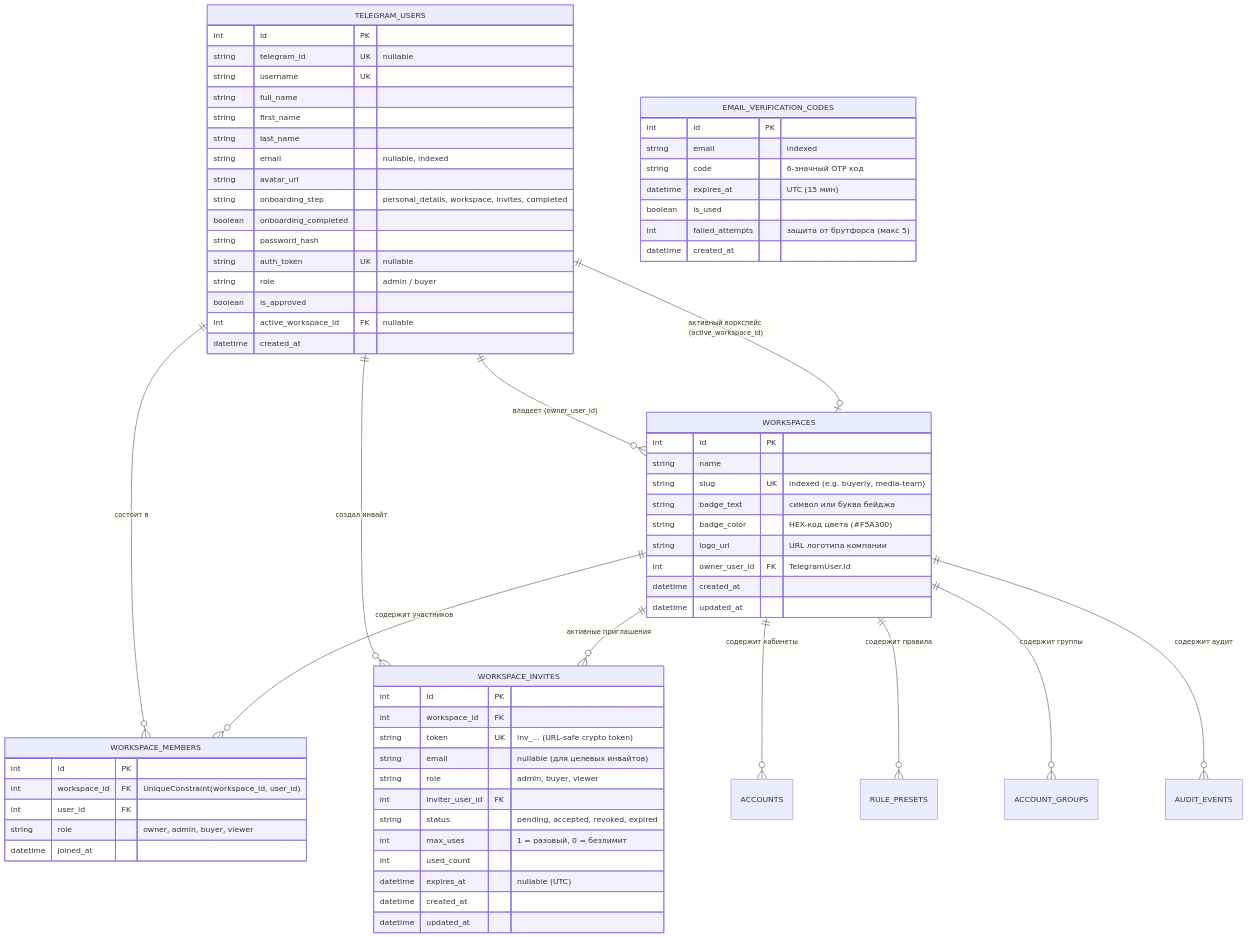
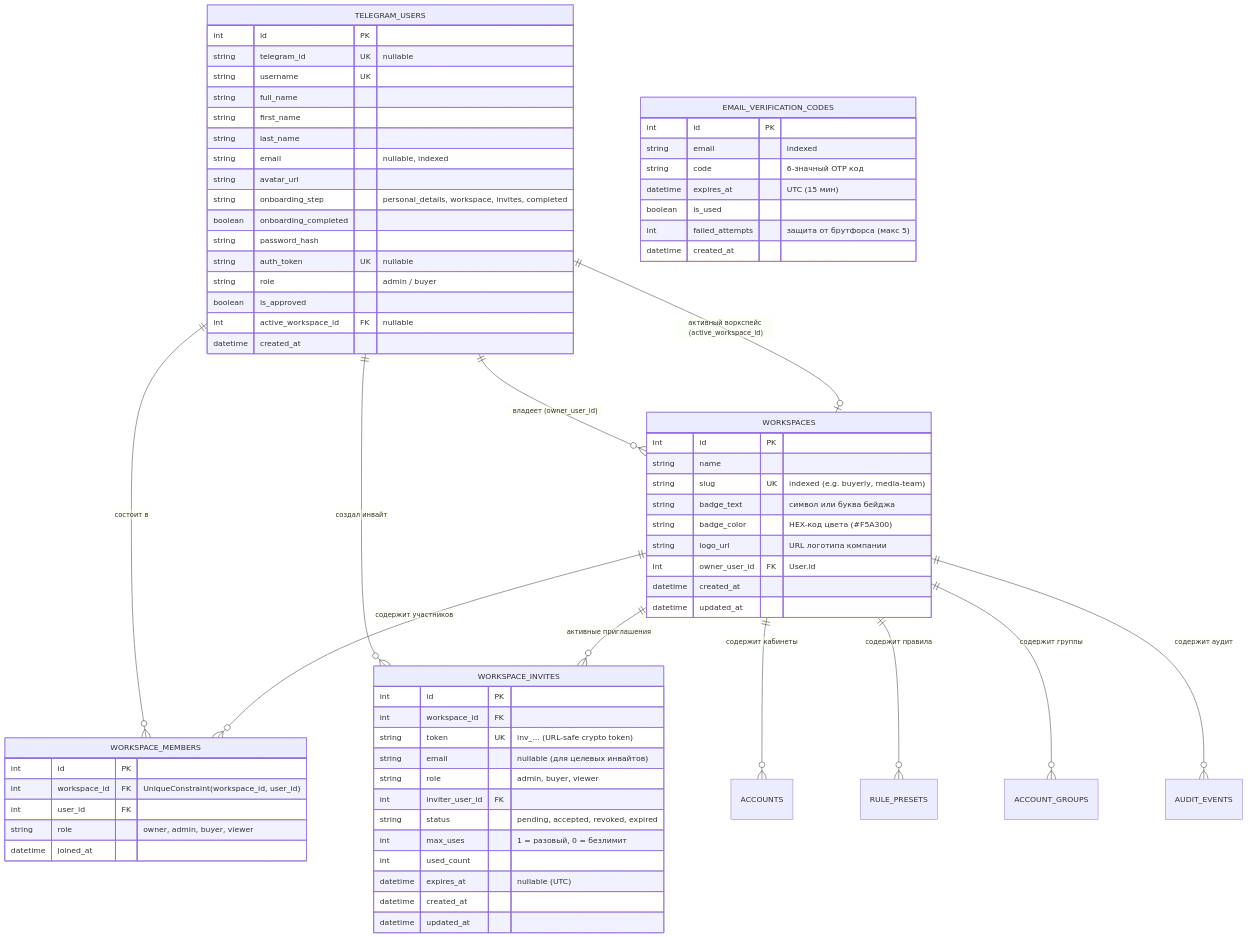
One commit to NPSolid-pixel/buyerly changed the second of 2 diagrams in docs/WORKSPACES_AUTH_AND_INVITES.md. Above: the diagram before and after it, drawn with Mermaid. The commit also changed other lines of this file and 29 other files, not shown here.

Commit message:
refactor: rename TelegramUser to User and table telegram_users to users

````diff
--- a/docs/WORKSPACES_AUTH_AND_INVITES.md
+++ b/docs/WORKSPACES_AUTH_AND_INVITES.md
@@ -59,77 +59,77 @@
 ```mermaid
 erDiagram
     TELEGRAM_USERS ||--o{ WORKSPACE_MEMBERS : "состоит в"
     TELEGRAM_USERS ||--o{ WORKSPACE_INVITES : "создал инвайт"
     TELEGRAM_USERS ||--o{ WORKSPACES : "владеет (owner_user_id)"
     TELEGRAM_USERS ||--o| WORKSPACES : "активный воркспейс (active_workspace_id)"
     WORKSPACES ||--o{ WORKSPACE_MEMBERS : "содержит участников"
     WORKSPACES ||--o{ WORKSPACE_INVITES : "активные приглашения"
     WORKSPACES ||--o{ ACCOUNTS : "содержит кабинеты"
     WORKSPACES ||--o{ RULE_PRESETS : "содержит правила"
     WORKSPACES ||--o{ ACCOUNT_GROUPS : "содержит группы"
     WORKSPACES ||--o{ AUDIT_EVENTS : "содержит аудит"
 
     TELEGRAM_USERS {
         int id PK
         string telegram_id UK "nullable"
         string username UK
         string full_name
         string first_name
         string last_name
         string email "nullable, indexed"
         string avatar_url
         string onboarding_step "personal_details, workspace, invites, completed"
         boolean onboarding_completed
         string password_hash
         string auth_token UK "nullable"
         string role "admin / buyer"
         boolean is_approved
         int active_workspace_id FK "nullable"
         datetime created_at
     }
 
     WORKSPACES {
         int id PK
         string name
         string slug UK "indexed (e.g. buyerly, media-team)"
         string badge_text "символ или буква бейджа"
         string badge_color "HEX-код цвета (#F5A300)"
         string logo_url "URL логотипа компании"
-        int owner_user_id FK "TelegramUser.id"
+        int owner_user_id FK "User.id"
         datetime created_at
         datetime updated_at
     }
 
     WORKSPACE_MEMBERS {
         int id PK
         int workspace_id FK "UniqueConstraint(workspace_id, user_id)"
         int user_id FK
         string role "owner, admin, buyer, viewer"
         datetime joined_at
     }
 
     WORKSPACE_INVITES {
         int id PK
         int workspace_id FK
         string token UK "inv_... (URL-safe crypto token)"
         string email "nullable (для целевых инвайтов)"
         string role "admin, buyer, viewer"
         int inviter_user_id FK
         string status "pending, accepted, revoked, expired"
         int max_uses "1 = разовый, 0 = безлимит"
         int used_count
         datetime expires_at "nullable (UTC)"
         datetime created_at
         datetime updated_at
     }
 
     EMAIL_VERIFICATION_CODES {
         int id PK
         string email "indexed"
         string code "6-значный OTP код"
         datetime expires_at "UTC (15 мин)"
         boolean is_used
         int failed_attempts "защита от брутфорса (макс 5)"
         datetime created_at
     }
 ```
````
